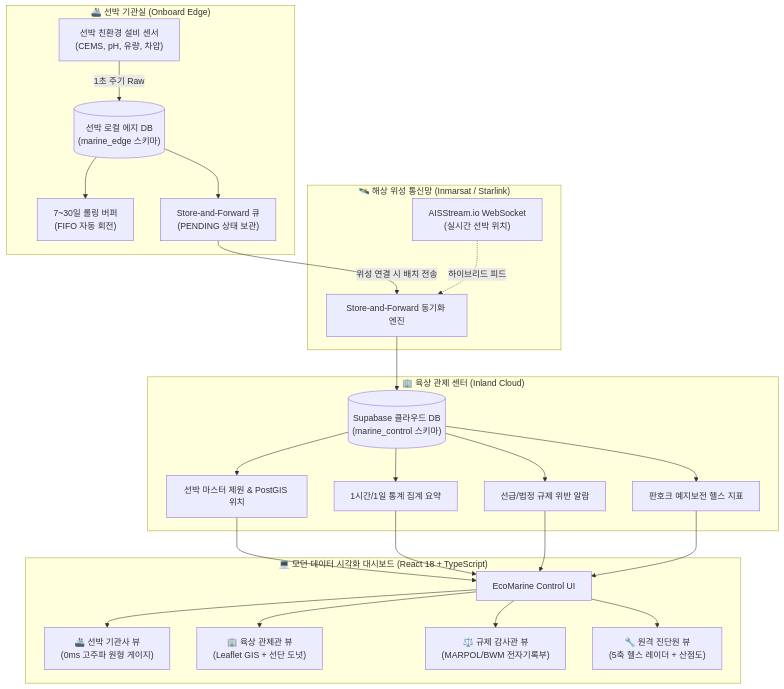
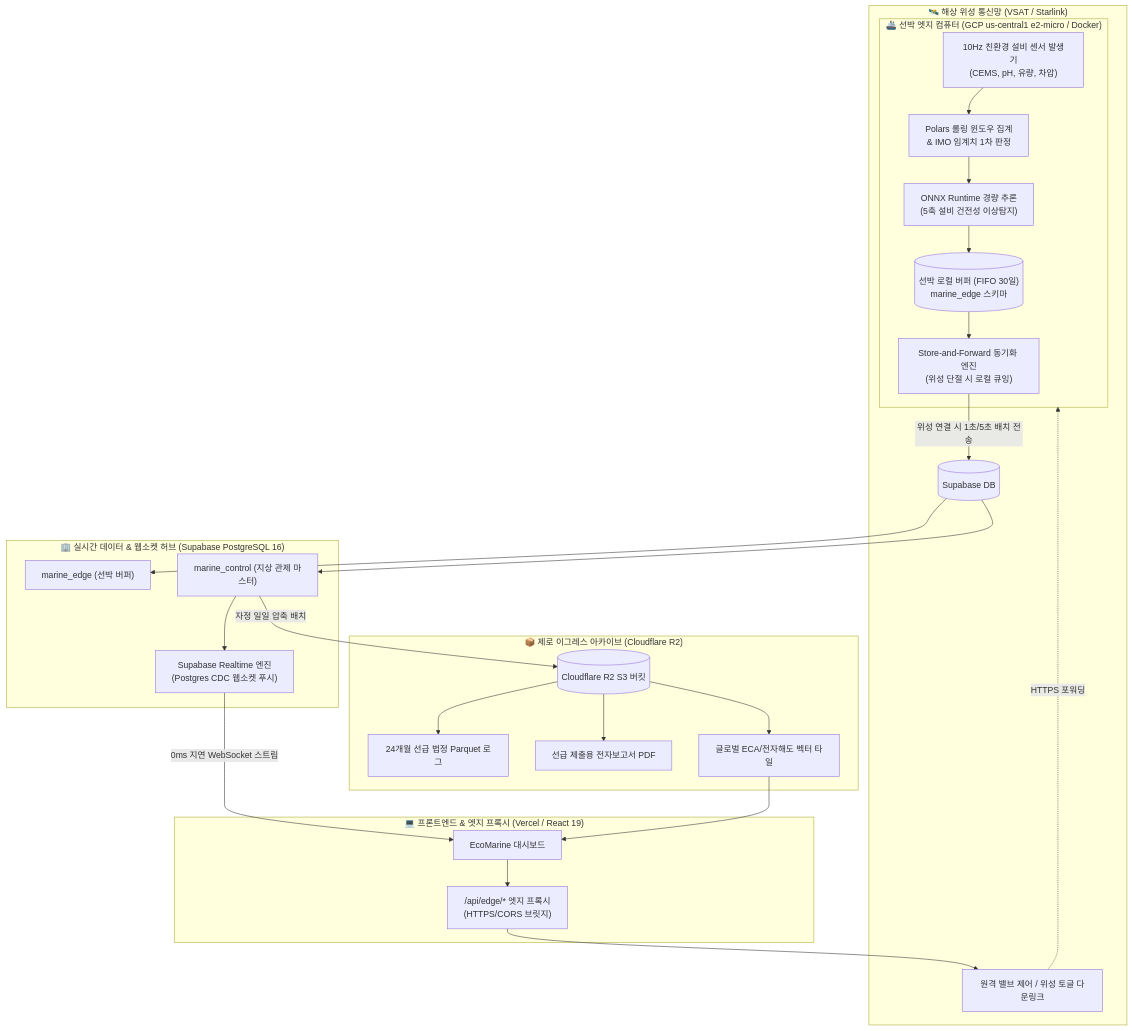
The diagram in README.md (initbtn/marine-sensor-gis), drawn with Mermaid before and after one commit. The commit also changed other lines of this file and 31 other files, not shown here.

````diff
--- a/README.md
+++ b/README.md
@@ -34,29 +37,35 @@
 ```mermaid
 flowchart TD
-    subgraph Onboard ["🚢 선박 기관실 (Onboard Edge)"]
-        SENSORS["선박 친환경 설비 센서<br>(CEMS, pH, 유량, 차압)"] -->|1초 주기 Raw| EDGE_DB[("선박 로컬 에지 DB<br>(marine_edge 스키마)")]
-        EDGE_DB --> FIFO["7~30일 롤링 버퍼<br>(FIFO 자동 회전)"]
-        EDGE_DB --> SYNC_QUEUE["Store-and-Forward 큐<br>(PENDING 상태 보관)"]
+    subgraph EdgePC ["🚢 선박 엣지 컴퓨터 (GCP us-central1 e2-micro / Docker)"]
+        SENSORS["10Hz 친환경 설비 센서 발생기<br>(CEMS, pH, 유량, 차압)"] --> POLARS["Polars 롤링 윈도우 집계<br>& IMO 임계치 1차 판정"]
+        POLARS --> ONNX["ONNX Runtime 경량 추론<br>(5축 설비 건전성 이상탐지)"]
+        ONNX --> LOCAL_BUF[("선박 로컬 버퍼 (FIFO 30일)<br>marine_edge 스키마")]
+        LOCAL_BUF --> SYNC_ENGINE["Store-and-Forward 동기화 엔진<br>(위성 단절 시 로컬 큐잉)"]
     end
 
-    subgraph SatCom ["🛰️ 해상 위성 통신망 (Inmarsat / Starlink)"]
-        SYNC_QUEUE -->|위성 연결 시 배치 전송| SYNC_ENGINE["Store-and-Forward 동기화 엔진"]
-        AIS_STREAM["AISStream.io WebSocket<br>(실시간 선박 위치)"] -.->|하이브리드 피드| SYNC_ENGINE
+    subgraph SatLink ["🛰️ 해상 위성 통신망 (VSAT / Starlink)"]
+        SYNC_ENGINE -->|위성 연결 시 1초/5초 배치 전송| SUPABASE
+        DOWNLINK["원격 밸브 제어 / 위성 토글 다운링크"] -.->|HTTPS 포워딩| EdgePC
     end
 
-    subgraph Inland ["🏢 육상 관제 센터 (Inland Cloud)"]
-        SYNC_ENGINE --> CLOUD_DB[("Supabase 클라우드 DB<br>(marine_control 스키마)")]
-        CLOUD_DB --> VESSELS["선박 마스터 제원 & PostGIS 위치"]
-        CLOUD_DB --> SUMMARY["1시간/1일 통계 집계 요약"]
-        CLOUD_DB --> ALARMS["선급/법정 규제 위반 알람"]
-        CLOUD_DB --> DIAG["판호크 예지보전 헬스 지표"]
+    subgraph CloudHub ["🏢 실시간 데이터 & 웹소켓 허브 (Supabase PostgreSQL 16)"]
+        SUPABASE[("Supabase DB")]
+        SUPABASE --> SCH_EDGE["marine_edge (선박 버퍼)"]
+        SUPABASE --> SCH_CTRL["marine_control (지상 관제 마스터)"]
+        SCH_CTRL --> REALTIME["Supabase Realtime 엔진<br>(Postgres CDC 웹소켓 푸시)"]
     end
 
-    subgraph Dashboard ["💻 모던 데이터 시각화 대시보드 (React 18 + TypeScript)"]
-        VESSELS & SUMMARY & ALARMS & DIAG --> WEB_APP["EcoMarine Control UI"]
-        WEB_APP --> R1["🚢 선박 기관사 뷰<br>(0ms 고주파 원형 게이지)"]
-        WEB_APP --> R2["🏢 육상 관제관 뷰<br>(Leaflet GIS + 선단 도넛)"]
-        WEB_APP --> R3["⚖️ 규제 감사관 뷰<br>(MARPOL/BWM 전자기록부)"]
-        WEB_APP --> R4["🔧 원격 진단원 뷰<br>(5축 헬스 레이더 + 산점도)"]
+    subgraph ColdArchive ["📦 제로 이그레스 아카이브 (Cloudflare R2)"]
+        SCH_CTRL -->|자정 일일 압축 배치| R2_STORAGE[("Cloudflare R2 S3 버킷")]
+        R2_STORAGE --> PARQUET["24개월 선급 법정 Parquet 로그"]
+        R2_STORAGE --> ERB_PDF["선급 제출용 전자보고서 PDF"]
+        R2_STORAGE --> ENC_TILES["글로벌 ECA/전자해도 벡터 타일"]
+    end
+
+    subgraph WebPlatform ["💻 프론트엔드 & 엣지 프록시 (Vercel / React 19)"]
+        REALTIME -->|0ms 지연 WebSocket 스트림| REACT_APP["EcoMarine 대시보드"]
+        REACT_APP --> PROXY["/api/edge/* 엣지 프록시<br>(HTTPS/CORS 브릿지)"]
+        PROXY --> DOWNLINK
+        ENC_TILES --> REACT_APP
     end
 ```
````
